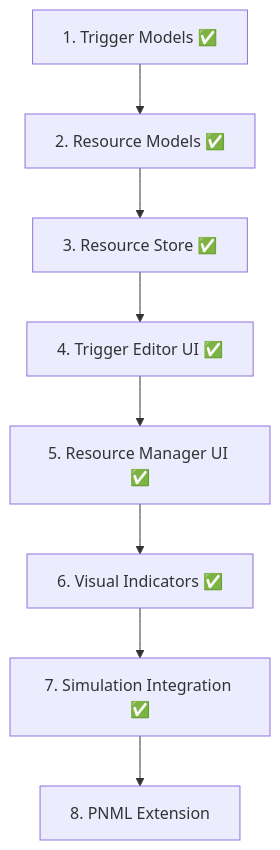
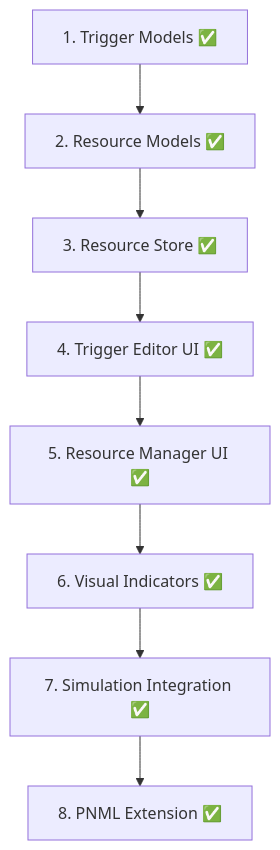
Before and after one commit to woped/woped-next: the fourth of 4 diagrams in docs/migration/11-triggers-resources.md, drawn with Mermaid. The commit also changed 53 other files, not shown here.

````diff
--- a/docs/migration/11-triggers-resources.md
+++ b/docs/migration/11-triggers-resources.md
@@ -296,10 +296,10 @@
 ```mermaid
 flowchart TD
     S1[1. Trigger Models ✅] --> S2[2. Resource Models ✅]
     S2 --> S3[3. Resource Store ✅]
     S3 --> S4[4. Trigger Editor UI ✅]
     S4 --> S5[5. Resource Manager UI ✅]
     S5 --> S6[6. Visual Indicators ✅]
     S6 --> S7[7. Simulation Integration ✅]
-    S7 --> S8[8. PNML Extension]
+    S7 --> S8[8. PNML Extension ✅]
 ```
````
